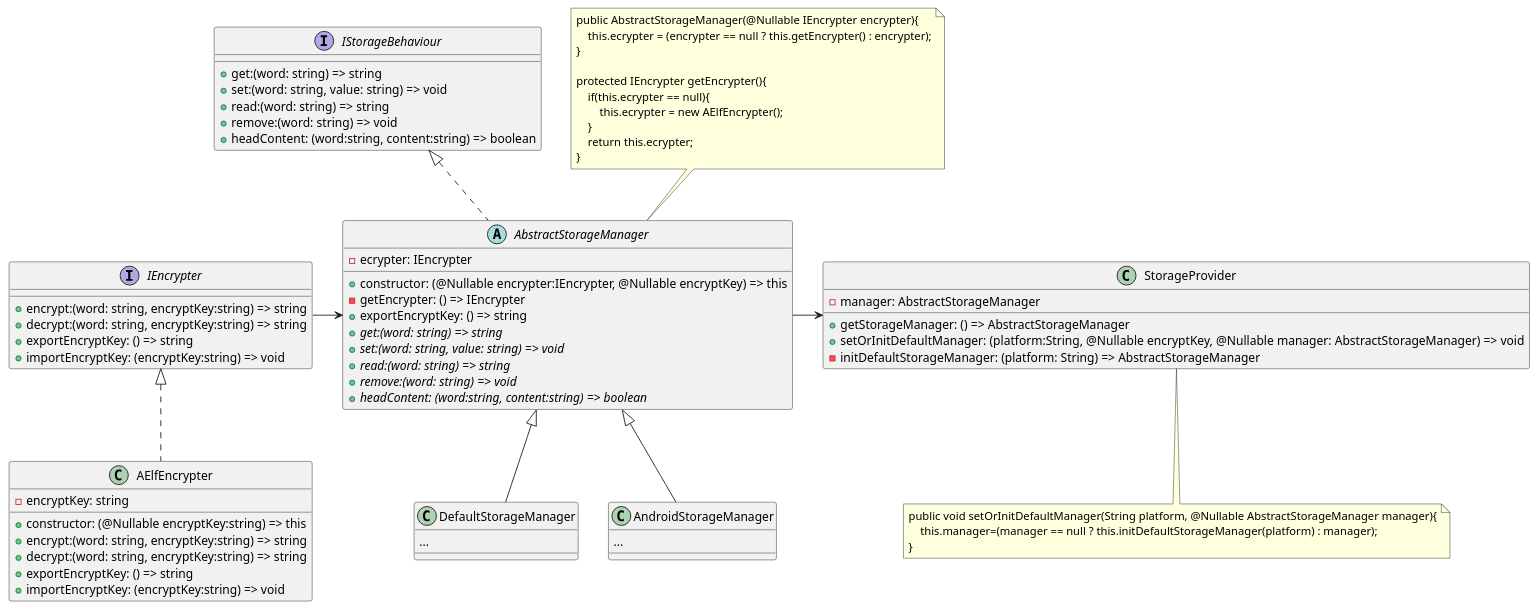
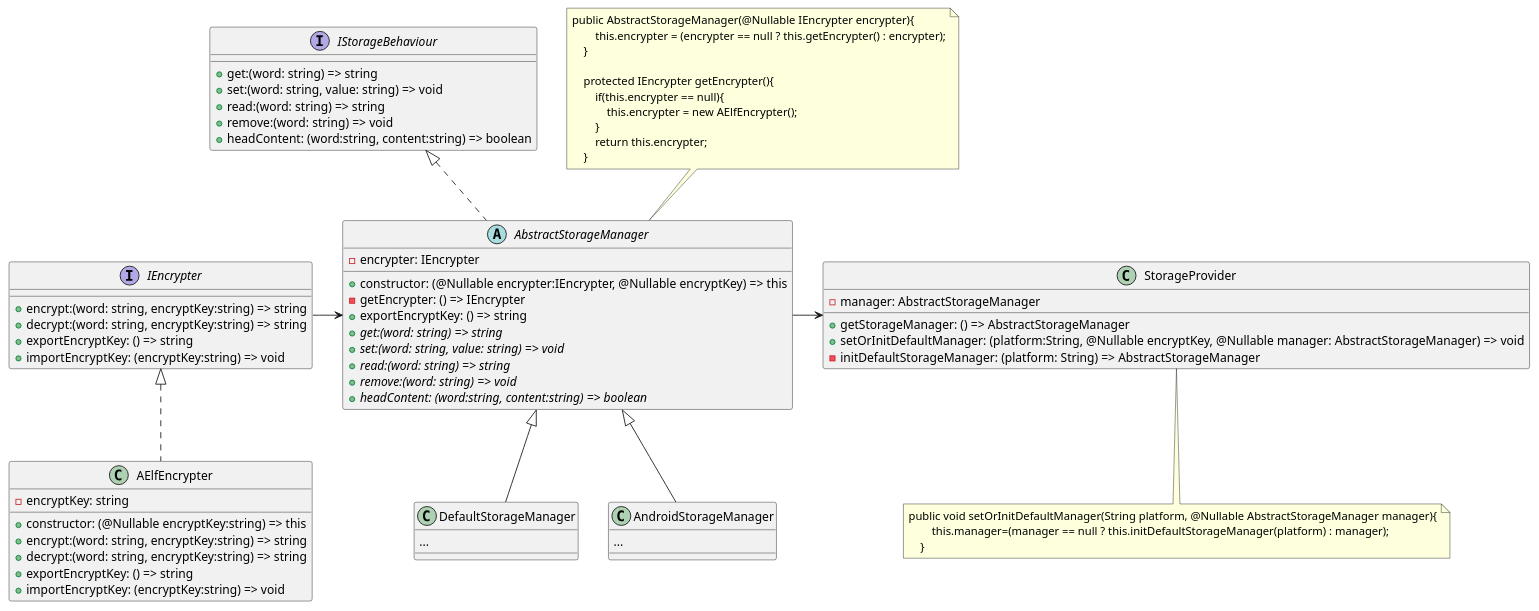
Before and after one commit to carbon-portkey/portkey-java-sdk: the diagram in uml/storage.puml, drawn with PlantUML. The commit also changed 28 other files, not shown here.

```diff
--- a/uml/storage.puml
+++ b/uml/storage.puml
@@ -1,75 +1,75 @@
 @startuml storage
 class StorageProvider {
     - manager: AbstractStorageManager
     + getStorageManager: () => AbstractStorageManager
     + setOrInitDefaultManager: (platform:String, @Nullable encryptKey, @Nullable manager: AbstractStorageManager) => void
     - initDefaultStorageManager: (platform: String) => AbstractStorageManager
 }
 
 note bottom of StorageProvider
-    public void setOrInitDefaultManager(String platform, @Nullable AbstractStorageManager manager){
+public void setOrInitDefaultManager(String platform, @Nullable AbstractStorageManager manager){
         this.manager=(manager == null ? this.initDefaultStorageManager(platform) : manager);
     }
 end note
 
 interface IStorageBehaviour {
     + get:(word: string) => string
     + set:(word: string, value: string) => void
     + read:(word: string) => string
     + remove:(word: string) => void
     + headContent: (word:string, content:string) => boolean
 }
 
 abstract class AbstractStorageManager implements IStorageBehaviour {
-    - ecrypter: IEncrypter
+    - encrypter: IEncrypter
     + constructor: (@Nullable encrypter:IEncrypter, @Nullable encryptKey) => this
     - getEncrypter: () => IEncrypter
     + exportEncryptKey: () => string
     + {abstract} get:(word: string) => string
     + {abstract} set:(word: string, value: string) => void
     + {abstract} read:(word: string) => string
     + {abstract} remove:(word: string) => void
     + {abstract} headContent: (word:string, content:string) => boolean
 }
 
 note top of AbstractStorageManager
-    public AbstractStorageManager(@Nullable IEncrypter encrypter){
-        this.ecrypter = (encrypter == null ? this.getEncrypter() : encrypter);
+public AbstractStorageManager(@Nullable IEncrypter encrypter){
+        this.encrypter = (encrypter == null ? this.getEncrypter() : encrypter);
     }
 
     protected IEncrypter getEncrypter(){
-        if(this.ecrypter == null){
-            this.ecrypter = new AElfEncrypter();
+        if(this.encrypter == null){
+            this.encrypter = new AElfEncrypter();
         }
-        return this.ecrypter;
+        return this.encrypter;
     }
 end note
 
 class DefaultStorageManager extends AbstractStorageManager {
     ...
 }
 
 class AndroidStorageManager extends AbstractStorageManager {
     ...
 }
 
 interface IEncrypter {
     + encrypt:(word: string, encryptKey:string) => string
     + decrypt:(word: string, encryptKey:string) => string
     + exportEncryptKey: () => string
     + importEncryptKey: (encryptKey:string) => void
 }
 
 class AElfEncrypter implements IEncrypter {
     - encryptKey: string
     + constructor: (@Nullable encryptKey:string) => this
     + encrypt:(word: string, encryptKey:string) => string
     + decrypt:(word: string, encryptKey:string) => string
     + exportEncryptKey: () => string
     + importEncryptKey: (encryptKey:string) => void
 }
 
 AbstractStorageManager -> StorageProvider
 IEncrypter -> AbstractStorageManager
 
 @enduml
```
